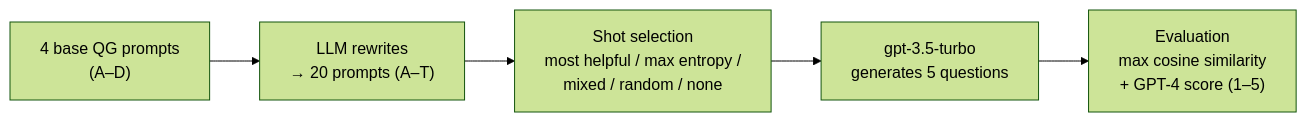
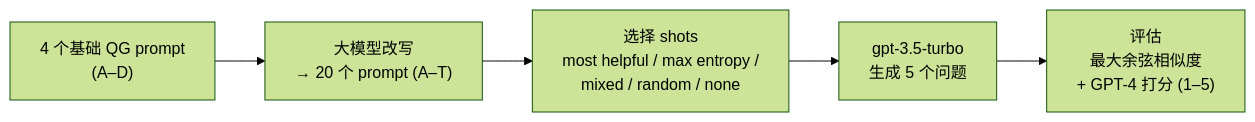
The diagram in README.md (Raylxxx/Prompt-Engineering-Question-generation), drawn with Mermaid (forest theme) before and after one commit. The commit also changed other lines of this file and 1 other file, not shown here.

````diff
--- a/README.md
+++ b/README.md
@@ -22,7 +22,7 @@
 ```mermaid
 flowchart LR
-    A["4 base QG prompts<br/>(A–D)"] --> B["LLM rewrites<br/>→ 20 prompts (A–T)"]
-    B --> C["Shot selection<br/>most helpful / max entropy /<br/>mixed / random / none"]
-    C --> D["gpt-3.5-turbo<br/>generates 5 questions"]
-    D --> E["Evaluation<br/>max cosine similarity<br/>+ GPT-4 score (1–5)"]
+    A["4 个基础 QG prompt<br/>(A–D)"] --> B["大模型改写<br/>→ 20 个 prompt (A–T)"]
+    B --> C["选择 shots<br/>most helpful / max entropy /<br/>mixed / random / none"]
+    C --> D["gpt-3.5-turbo<br/>生成 5 个问题"]
+    D --> E["评估<br/>最大余弦相似度<br/>+ GPT-4 打分 (1–5)"]
 ```
````
